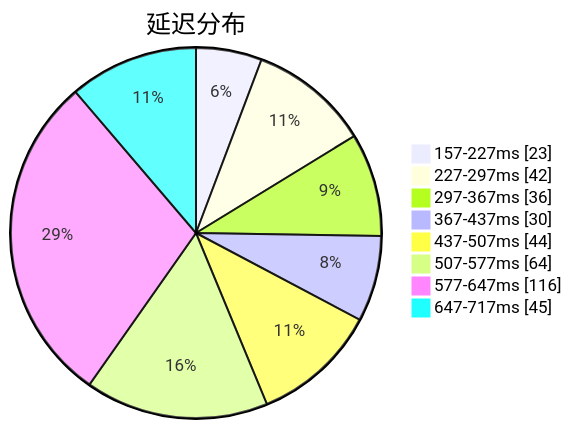
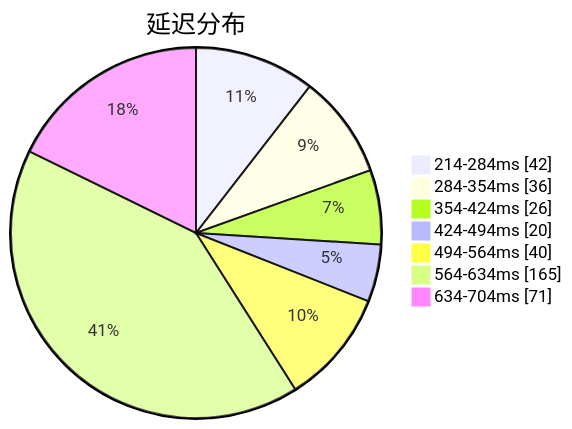
Before and after one commit to qjlxg/airport: the first of 3 diagrams in subs/statistics/tested_within.md, drawn with Mermaid. The commit also changed other lines of this file and 2 other files, not shown here.

Commit message:
Tested by metaST

````diff
--- a/subs/statistics/tested_within.md
+++ b/subs/statistics/tested_within.md
@@ -2,12 +2,11 @@
 ```mermaid
 pie showData
 title 延迟分布
-"157-227ms" : 23
-"227-297ms" : 42
-"297-367ms" : 36
-"367-437ms" : 30
-"437-507ms" : 44
-"507-577ms" : 64
-"577-647ms" : 116
-"647-717ms" : 45
+"214-284ms" : 42
+"284-354ms" : 36
+"354-424ms" : 26
+"424-494ms" : 20
+"494-564ms" : 40
+"564-634ms" : 165
+"634-704ms" : 71
 ```
````
